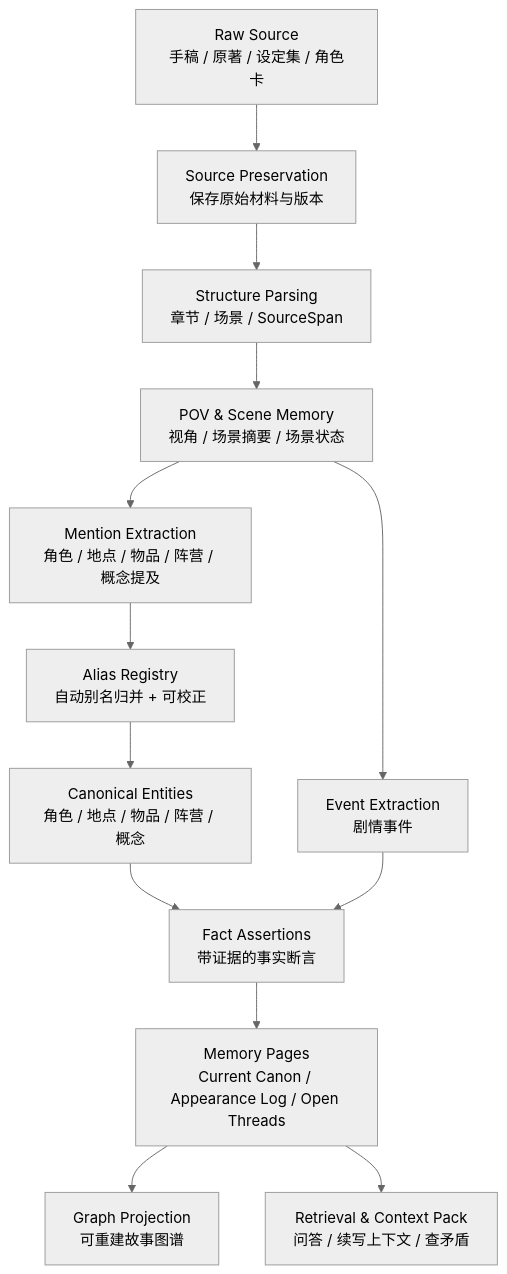
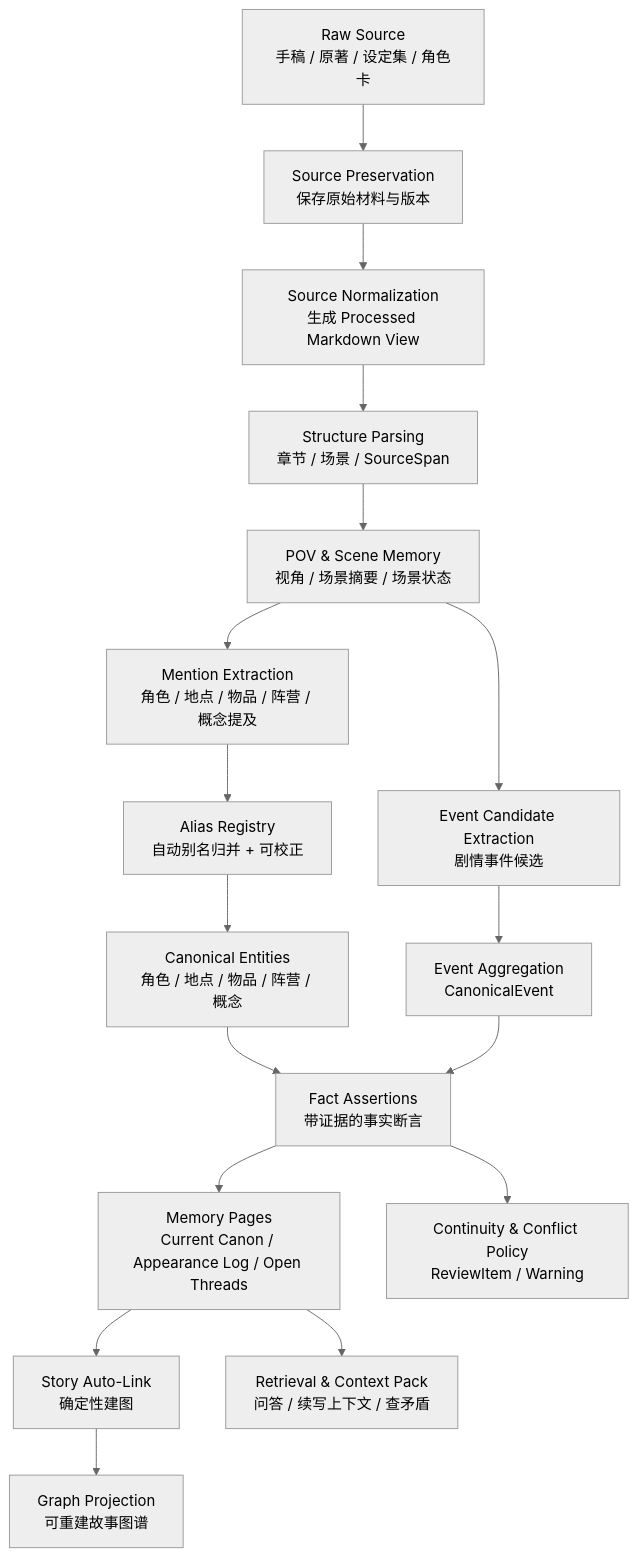
Before and after one commit to FrankQDWang/sextantlabs: the diagram in GOAL.md, drawn with Mermaid (neutral theme). The commit also changed other lines of this file, not shown here.

Commit message:
Update goal index for memory mechanisms

````diff
--- a/GOAL.md
+++ b/GOAL.md
@@ -30,15 +34,19 @@
 ```mermaid
 flowchart TD
     A[Raw Source\n手稿 / 原著 / 设定集 / 角色卡] --> B[Source Preservation\n保存原始材料与版本]
-    B --> C[Structure Parsing\n章节 / 场景 / SourceSpan]
-    C --> D[POV & Scene Memory\n视角 / 场景摘要 / 场景状态]
-    D --> E[Mention Extraction\n角色 / 地点 / 物品 / 阵营 / 概念提及]
-    E --> F[Alias Registry\n自动别名归并 + 可校正]
-    F --> G[Canonical Entities\n角色 / 地点 / 物品 / 阵营 / 概念]
-    D --> H[Event Extraction\n剧情事件]
-    G --> I[Fact Assertions\n带证据的事实断言]
-    H --> I
-    I --> J[Memory Pages\nCurrent Canon / Appearance Log / Open Threads]
-    J --> K[Graph Projection\n可重建故事图谱]
-    J --> L[Retrieval & Context Pack\n问答 / 续写上下文 / 查矛盾]
+    B --> C[Source Normalization\n生成 Processed Markdown View]
+    C --> D[Structure Parsing\n章节 / 场景 / SourceSpan]
+    D --> E[POV & Scene Memory\n视角 / 场景摘要 / 场景状态]
+    E --> F[Mention Extraction\n角色 / 地点 / 物品 / 阵营 / 概念提及]
+    F --> G[Alias Registry\n自动别名归并 + 可校正]
+    G --> H[Canonical Entities\n角色 / 地点 / 物品 / 阵营 / 概念]
+    E --> I[Event Candidate Extraction\n剧情事件候选]
+    I --> J[Event Aggregation\nCanonicalEvent]
+    H --> K[Fact Assertions\n带证据的事实断言]
+    J --> K
+    K --> L[Memory Pages\nCurrent Canon / Appearance Log / Open Threads]
+    L --> M[Story Auto-Link\n确定性建图]
+    M --> N[Graph Projection\n可重建故事图谱]
+    L --> O[Retrieval & Context Pack\n问答 / 续写上下文 / 查矛盾]
+    K --> P[Continuity & Conflict Policy\nReviewItem / Warning]
 ```
````
